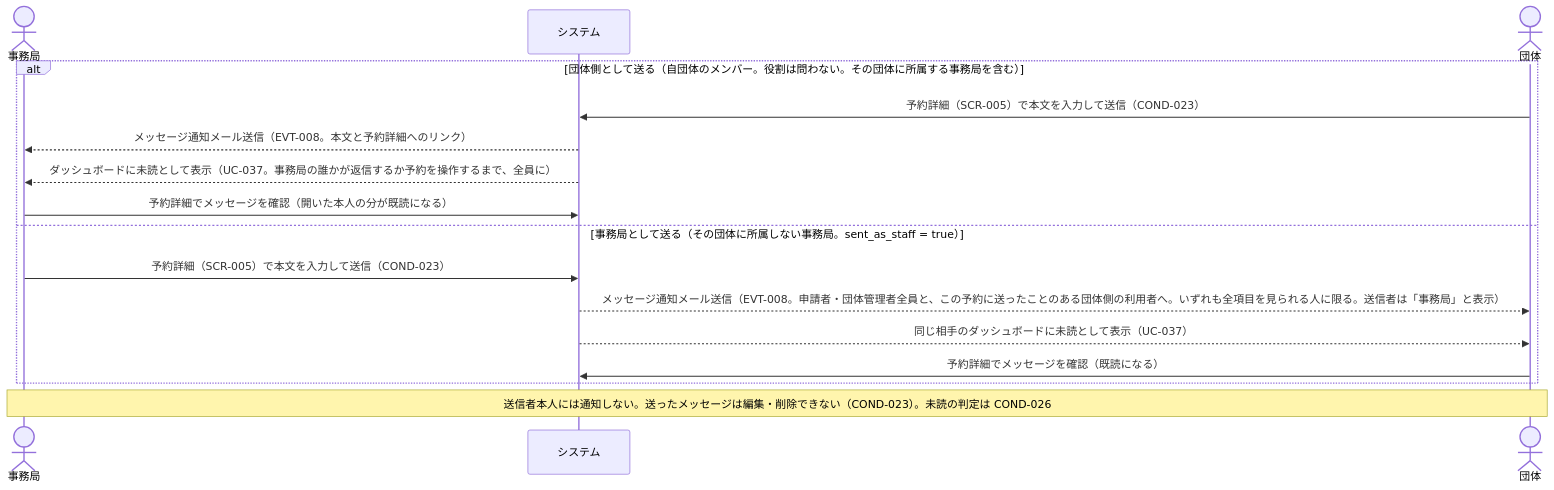
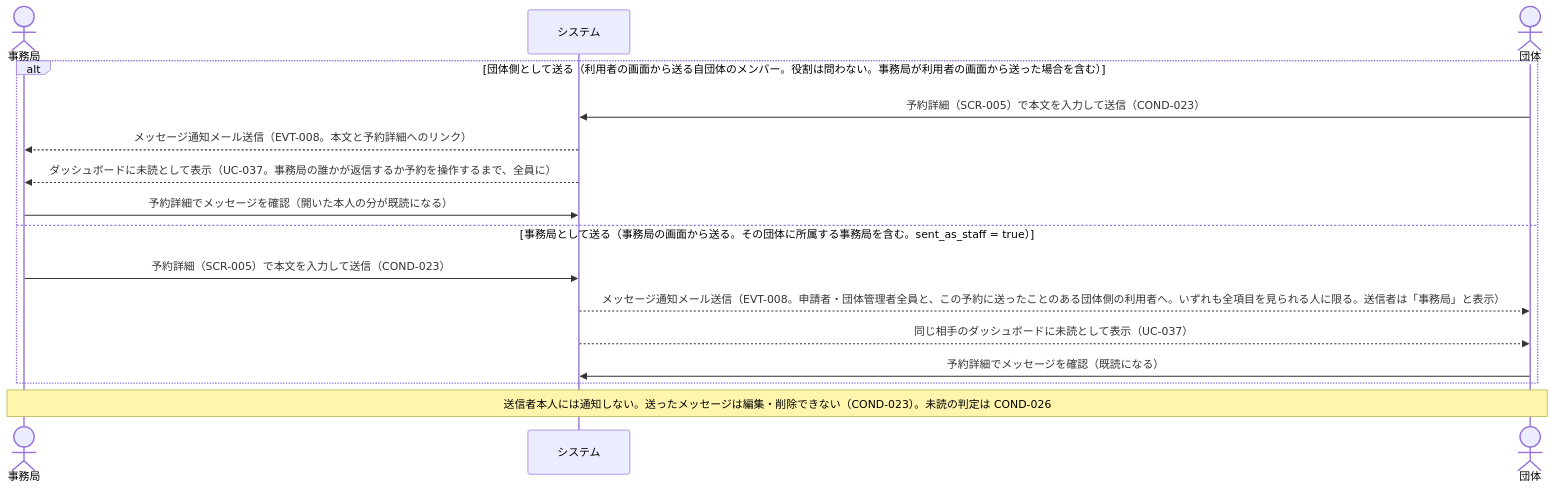
One commit to gdsc-osaka/iclub-reserve changed the fifth of 6 diagrams in rdra/contexts/reservation-approval.md. Above: the diagram before and after it, drawn with Mermaid. The commit also changed other lines of this file and 10 other files, not shown here.

````diff
--- a/rdra/contexts/reservation-approval.md
+++ b/rdra/contexts/reservation-approval.md
@@ -325,19 +365,19 @@
 ```mermaid
 sequenceDiagram
     actor 事務局
     participant システム
     actor 団体
 
-    alt 団体側として送る（自団体のメンバー。役割は問わない。その団体に所属する事務局を含む）
+    alt 団体側として送る（利用者の画面から送る自団体のメンバー。役割は問わない。事務局が利用者の画面から送った場合を含む）
         団体->>システム: 予約詳細（SCR-005）で本文を入力して送信（COND-023）
         システム-->>事務局: メッセージ通知メール送信（EVT-008。本文と予約詳細へのリンク）
         システム-->>事務局: ダッシュボードに未読として表示（UC-037。事務局の誰かが返信するか予約を操作するまで、全員に）
         事務局->>システム: 予約詳細でメッセージを確認（開いた本人の分が既読になる）
-    else 事務局として送る（その団体に所属しない事務局。sent_as_staff = true）
+    else 事務局として送る（事務局の画面から送る。その団体に所属する事務局を含む。sent_as_staff = true）
         事務局->>システム: 予約詳細（SCR-005）で本文を入力して送信（COND-023）
         システム-->>団体: メッセージ通知メール送信（EVT-008。申請者・団体管理者全員と、この予約に送ったことのある団体側の利用者へ。いずれも全項目を見られる人に限る。送信者は「事務局」と表示）
         システム-->>団体: 同じ相手のダッシュボードに未読として表示（UC-037）
         団体->>システム: 予約詳細でメッセージを確認（既読になる）
     end
     Note over 事務局,団体: 送信者本人には通知しない。送ったメッセージは編集・削除できない（COND-023）。未読の判定は COND-026
 ```
````
